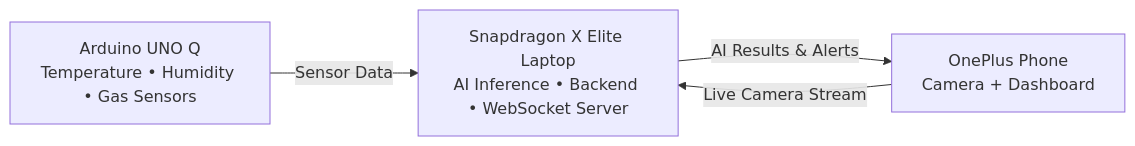
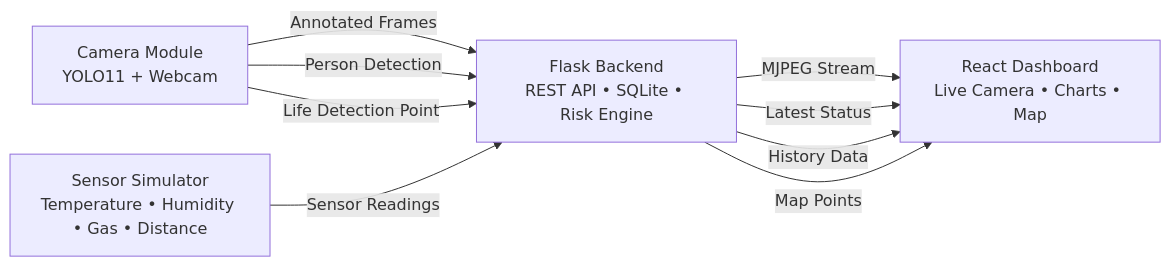
The diagram in README.md (chitkarauniversity436-hub/OmniSite-XR-Qualcomm-Hackathon-), drawn with Mermaid before and after one commit. The commit also changed other lines of this file, not shown here.

Commit message:
Revise architecture
Updated architecture description and added device responsibilities.

````diff
--- a/README.md
+++ b/README.md
@@ -94,11 +96,19 @@
 ```mermaid
 graph LR
 
-A[Arduino UNO Q<br/>Temperature • Humidity • Gas Sensors]
-B[Snapdragon X Elite Laptop<br/>AI Inference • Backend • WebSocket Server]
-C[OnePlus Phone<br/>Camera + Dashboard]
+A[Camera Module<br/>YOLO11 + Webcam]
+B[Sensor Simulator<br/>Temperature • Humidity • Gas • Distance]
+C[Flask Backend<br/>REST API • SQLite • Risk Engine]
+D[React Dashboard<br/>Live Camera • Charts • Map]
 
-A -->|Sensor Data| B
-C -->|Live Camera Stream| B
-B -->|AI Results & Alerts| C
+A -->|Annotated Frames| C
+A -->|Person Detection| C
+A -->|Life Detection Point| C
+
+B -->|Sensor Readings| C
+
+C -->|MJPEG Stream| D
+C -->|Latest Status| D
+C -->|History Data| D
+C -->|Map Points| D
 ```
````
